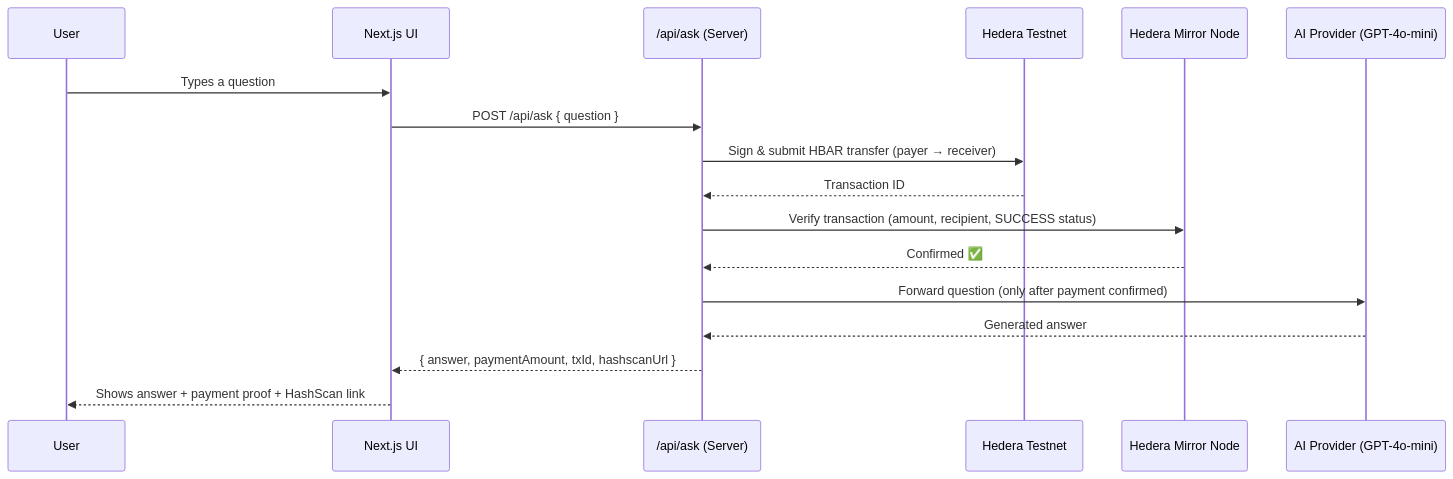
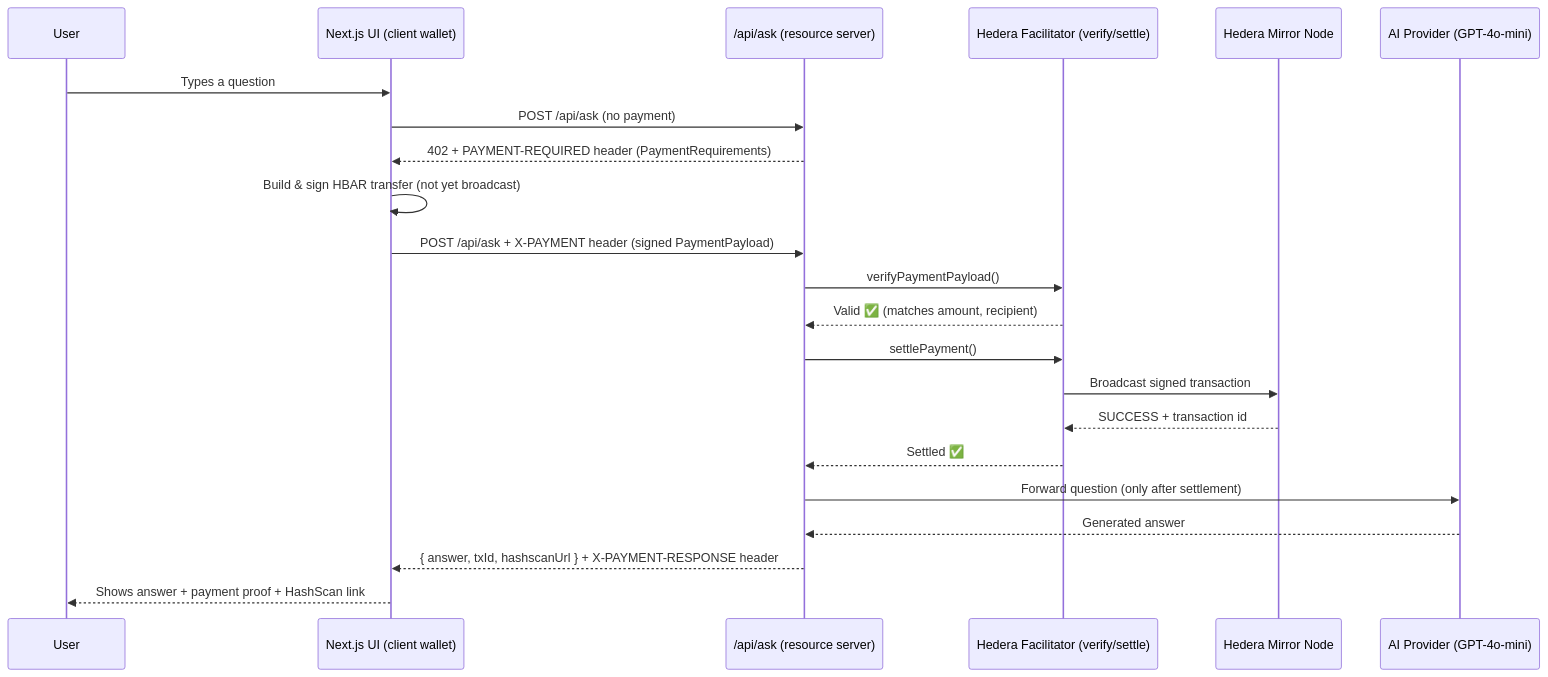
One commit to KaushalGoud/payperprompt changed the diagram in readme.md. Above: the diagram before and after it, drawn with Mermaid. The commit also changed other lines of this file and 5 other files, not shown here.

````diff
--- a/readme.md
+++ b/readme.md
@@ -42,20 +47,25 @@
 ```mermaid
 sequenceDiagram
     participant User
-    participant UI as Next.js UI
-    participant API as /api/ask (Server)
-    participant Hedera as Hedera Testnet
+    participant UI as Next.js UI (client wallet)
+    participant API as /api/ask (resource server)
+    participant Facilitator as Hedera Facilitator (verify/settle)
     participant Mirror as Hedera Mirror Node
     participant AI as AI Provider (GPT-4o-mini)
 
     User->>UI: Types a question
-    UI->>API: POST /api/ask { question }
-    API->>Hedera: Sign & submit HBAR transfer (payer → receiver)
-    Hedera-->>API: Transaction ID
-    API->>Mirror: Verify transaction (amount, recipient, SUCCESS status)
-    Mirror-->>API: Confirmed ✅
-    API->>AI: Forward question (only after payment confirmed)
+    UI->>API: POST /api/ask (no payment)
+    API-->>UI: 402 + PAYMENT-REQUIRED header (PaymentRequirements)
+    UI->>UI: Build & sign HBAR transfer (not yet broadcast)
+    UI->>API: POST /api/ask + X-PAYMENT header (signed PaymentPayload)
+    API->>Facilitator: verifyPaymentPayload()
+    Facilitator-->>API: Valid ✅ (matches amount, recipient)
+    API->>Facilitator: settlePayment()
+    Facilitator->>Mirror: Broadcast signed transaction
+    Mirror-->>Facilitator: SUCCESS + transaction id
+    Facilitator-->>API: Settled ✅
+    API->>AI: Forward question (only after settlement)
     AI-->>API: Generated answer
-    API-->>UI: { answer, paymentAmount, txId, hashscanUrl }
+    API-->>UI: { answer, txId, hashscanUrl } + X-PAYMENT-RESPONSE header
     UI-->>User: Shows answer + payment proof + HashScan link
 ```
````
